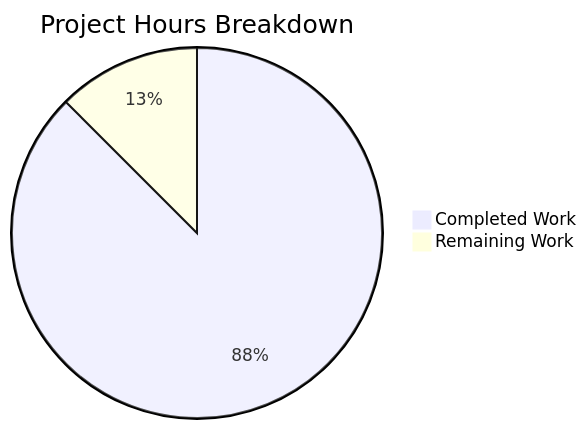
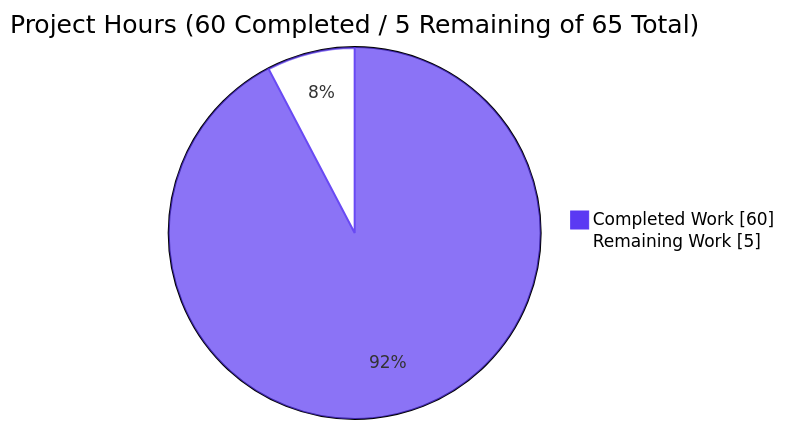
One commit to Sandeep01Kumar/09-March-existing-projects-qa-test-2 changed the second of 4 diagrams in blitzy/documentation/Project Guide.md. Above: the diagram before and after it, drawn with Mermaid. The commit also changed other lines of this file, not shown here.

Commit message:
Adding Blitzy Project Guide: Project Status and Human Tasks Remaining

````diff
--- a/blitzy/documentation/Project Guide.md
+++ b/blitzy/documentation/Project Guide.md
@@ -178,5 +256,6 @@
 ```mermaid
-pie title Project Hours Breakdown
-    "Completed Work" : 7
-    "Remaining Work" : 1
+%%{init: {'themeVariables': {'pie1': '#5B39F3', 'pie2': '#FFFFFF', 'pieStrokeColor': '#5B39F3', 'pieOuterStrokeWidth': '2px'}}}%%
+pie showData title Project Hours (60 Completed / 5 Remaining of 65 Total)
+    "Completed Work" : 60
+    "Remaining Work" : 5
 ```
````
